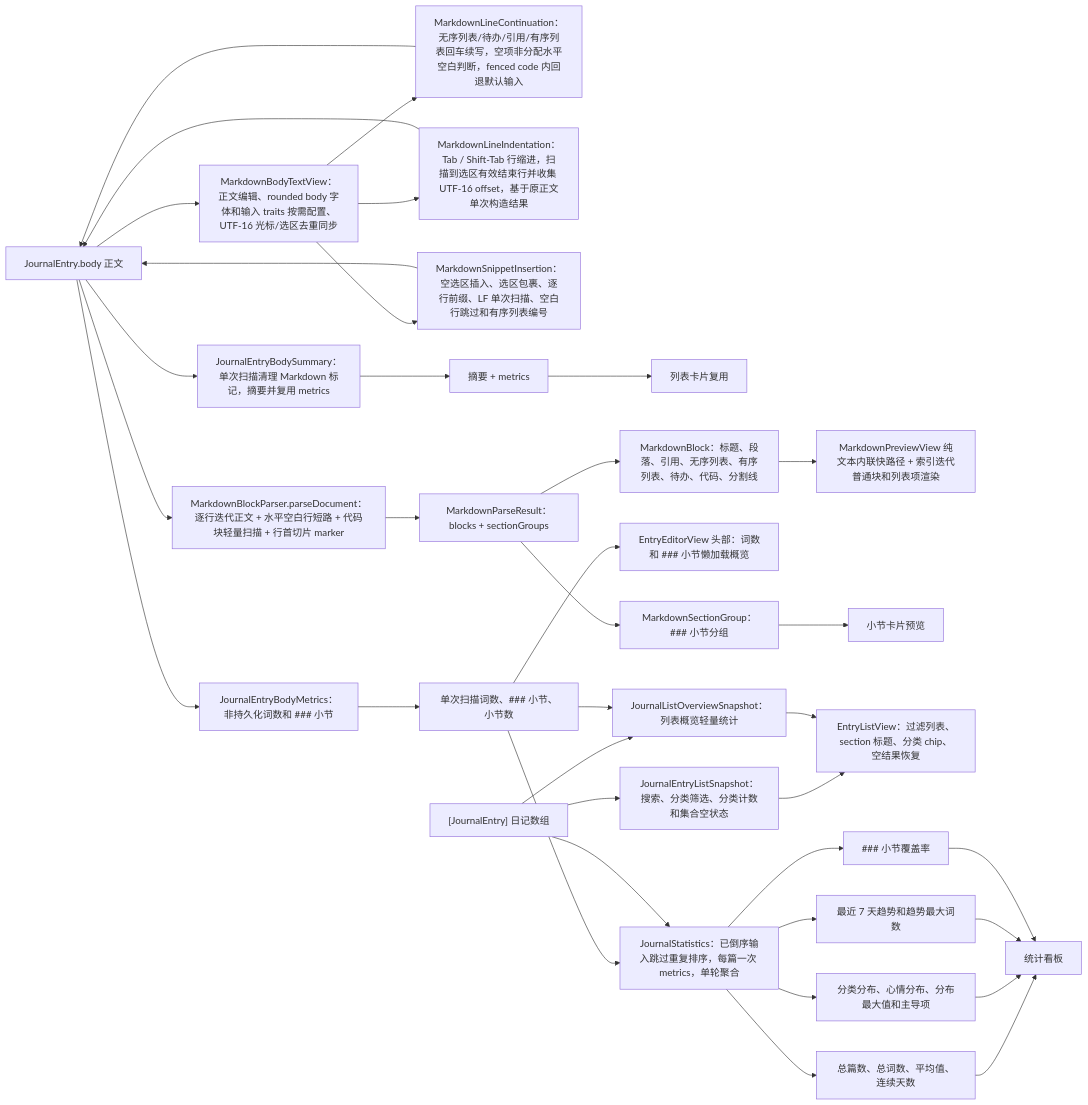
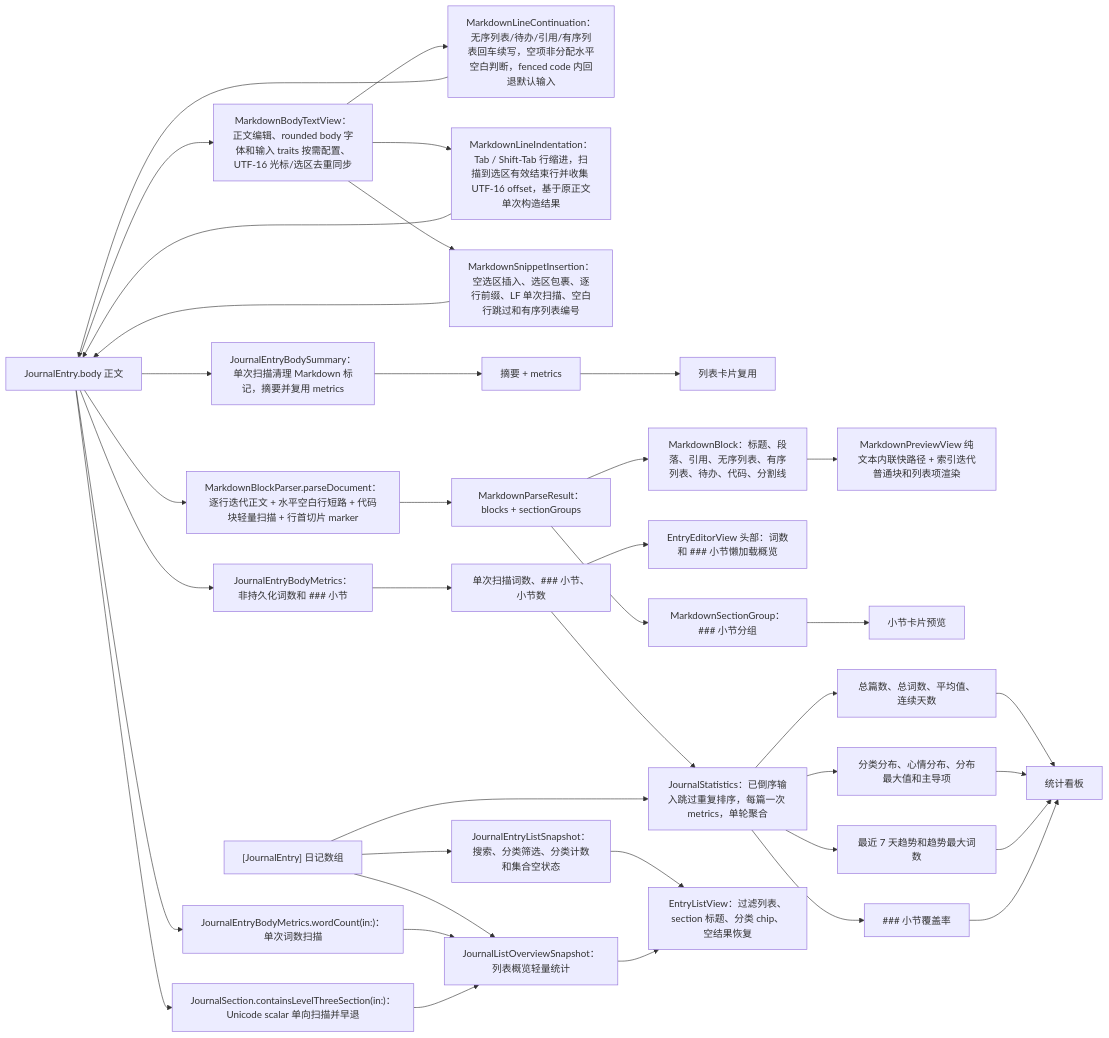
One commit to Altman-sam114/117 changed the fourth of 6 diagrams in md/flow/flowchart.md. Above: the diagram before and after it, drawn with Mermaid. The commit also changed other lines of this file and 10 other files, not shown here.

````diff
--- a/md/flow/flowchart.md
+++ b/md/flow/flowchart.md
@@ -123,37 +124,40 @@
 ```mermaid
 flowchart LR
   Body["JournalEntry.body 正文"] --> MetricsNode2["JournalEntryBodyMetrics：非持久化词数和 ### 小节"]
+  Body --> OverviewWordCount["JournalEntryBodyMetrics.wordCount(in:)：单次词数扫描"]
+  Body --> SectionPresence2["JournalSection.containsLevelThreeSection(in:)：Unicode scalar 单向扫描并早退"]
   Body --> Summary["JournalEntryBodySummary：单次扫描清理 Markdown 标记，摘要并复用 metrics"]
   Body --> BodyText["MarkdownBodyTextView：正文编辑、rounded body 字体和输入 traits 按需配置、UTF-16 光标/选区去重同步"]
   BodyText --> ContinueRule["MarkdownLineContinuation：无序列表/待办/引用/有序列表回车续写，空项非分配水平空白判断，fenced code 内回退默认输入"]
   ContinueRule --> Body
   BodyText --> IndentRule["MarkdownLineIndentation：Tab / Shift-Tab 行缩进，扫描到选区有效结束行并收集 UTF-16 offset，基于原正文单次构造结果"]
   IndentRule --> Body
   BodyText --> InsertRule["MarkdownSnippetInsertion：空选区插入、选区包裹、逐行前缀、LF 单次扫描、空白行跳过和有序列表编号"]
   InsertRule --> Body
   MetricsNode2 --> MetricsData["单次扫描词数、### 小节、小节数"]
   Summary --> Excerpt["摘要 + metrics"]
   Excerpt --> RowEditor["列表卡片复用"]
   MetricsData --> Statistics["JournalStatistics：已倒序输入跳过重复排序，每篇一次 metrics，单轮聚合"]
   MetricsData --> EditorHeader["EntryEditorView 头部：词数和 ### 小节懒加载概览"]
   Body --> Parse["MarkdownBlockParser.parseDocument：逐行迭代正文 + 水平空白行短路 + 代码块轻量扫描 + 行首切片 marker"]
   Parse --> Result["MarkdownParseResult：blocks + sectionGroups"]
   Result --> Blocks["MarkdownBlock：标题、段落、引用、无序列表、有序列表、待办、代码、分割线"]
   Blocks --> Preview["MarkdownPreviewView 纯文本内联快路径 + 索引迭代普通块和列表项渲染"]
   Result --> Sections["MarkdownSectionGroup：### 小节分组"]
   Sections --> SectionPreview["小节卡片预览"]
   Entries["[JournalEntry] 日记数组"] --> Statistics
   Entries --> ListSnapshot2["JournalEntryListSnapshot：搜索、分类筛选、分类计数和集合空状态"]
   ListSnapshot2 --> ListView["EntryListView：过滤列表、section 标题、分类 chip、空结果恢复"]
   Entries --> ListOverview2["JournalListOverviewSnapshot：列表概览轻量统计"]
-  MetricsData --> ListOverview2
+  OverviewWordCount --> ListOverview2
+  SectionPresence2 --> ListOverview2
   ListOverview2 --> ListView
   Statistics --> Metrics["总篇数、总词数、平均值、连续天数"]
   Statistics --> Distributions["分类分布、心情分布、分布最大值和主导项"]
   Statistics --> Trend["最近 7 天趋势和趋势最大词数"]
   Statistics --> Coverage["### 小节覆盖率"]
   Metrics --> Dashboard["统计看板"]
   Distributions --> Dashboard
   Trend --> Dashboard
   Coverage --> Dashboard
 ```
````
